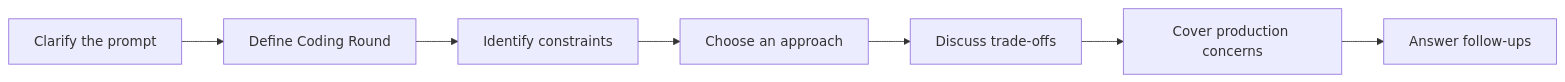
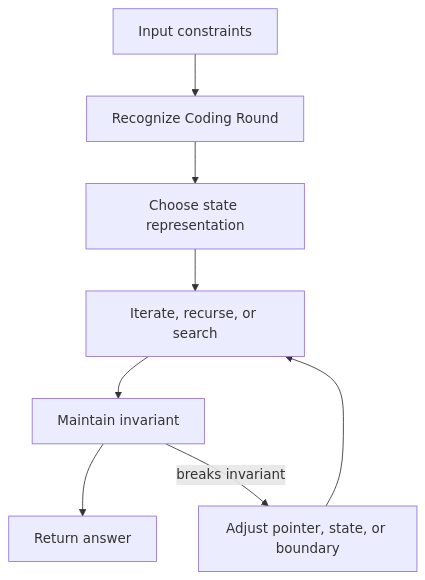
Before and after one commit to abstractinterviews/abstractinterviews.github.io: the third of 3 diagrams in coding-round/index.md, drawn with Mermaid. The commit also changed other lines of this file and 278 other files, not shown here.

````diff
--- a/coding-round/index.md
+++ b/coding-round/index.md
@@ -155,9 +157,10 @@
-~~~mermaid
-flowchart LR
-    A["Clarify the prompt"] --> B["Define Coding Round"]
-    B --> C["Identify constraints"]
-    C --> D["Choose an approach"]
-    D --> E["Discuss trade-offs"]
-    E --> F["Cover production concerns"]
-    F --> G["Answer follow-ups"]
-~~~
+```mermaid
+flowchart TD
+    Input["Input constraints"] --> Pattern["Recognize Coding Round"]
+    Pattern --> State["Choose state representation"]
+    State --> Iterate["Iterate, recurse, or search"]
+    Iterate --> Check["Maintain invariant"]
+    Check --> Result["Return answer"]
+    Check -->|breaks invariant| Fix["Adjust pointer, state, or boundary"]
+    Fix --> Iterate
+```
````
